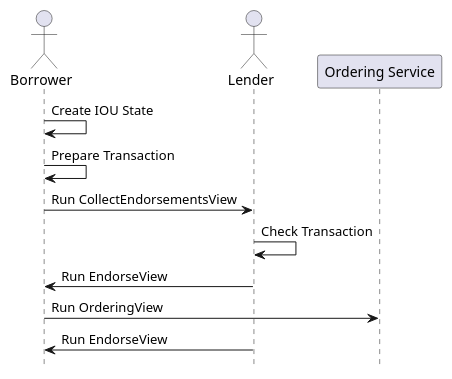
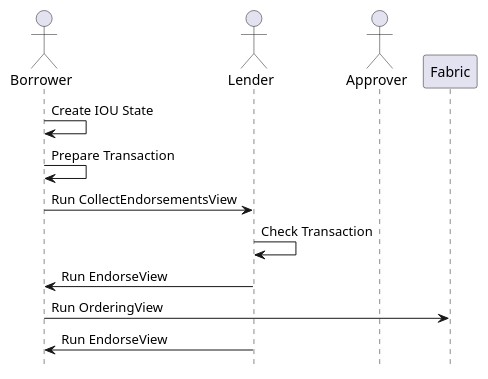
One commit to hyperledger-labs/fabric-smart-client changed the diagram in integration/fabric/iou/diagrams/iou.puml. Above: the diagram before and after it, drawn with PlantUML. The commit also changed 16 other files, not shown here.

```diff
--- a/integration/fabric/iou/diagrams/iou.puml
+++ b/integration/fabric/iou/diagrams/iou.puml
@@ -1,19 +1,20 @@
 @startuml
 '- force wrapping of longer text
 'skinparam wrapWidth 400
 !pragma teoz true
 hide footbox
 
 actor "Borrower" as Borrower
 actor "Lender" as Lender
-participant "Ordering Service" as Orderer
+actor "Approver" as Approver
+participant "Fabric" as Fabric
 
 Borrower -> Borrower: Create IOU State
 Borrower -> Borrower: Prepare Transaction
 Borrower -> Lender: Run CollectEndorsementsView
 Lender -> Lender: Check Transaction
 Lender -> Borrower: Run EndorseView
-Borrower -> Orderer: Run OrderingView
+Borrower -> Fabric: Run OrderingView
 Lender -> Borrower: Run EndorseView
 
 @enduml
```
